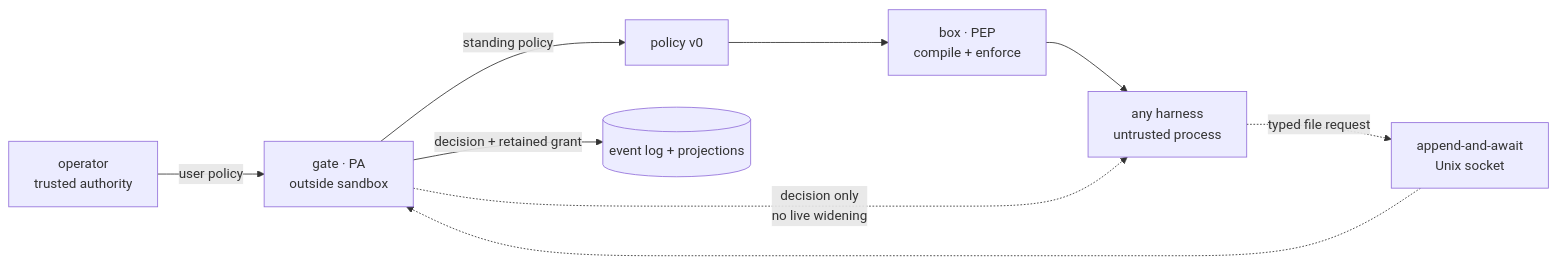
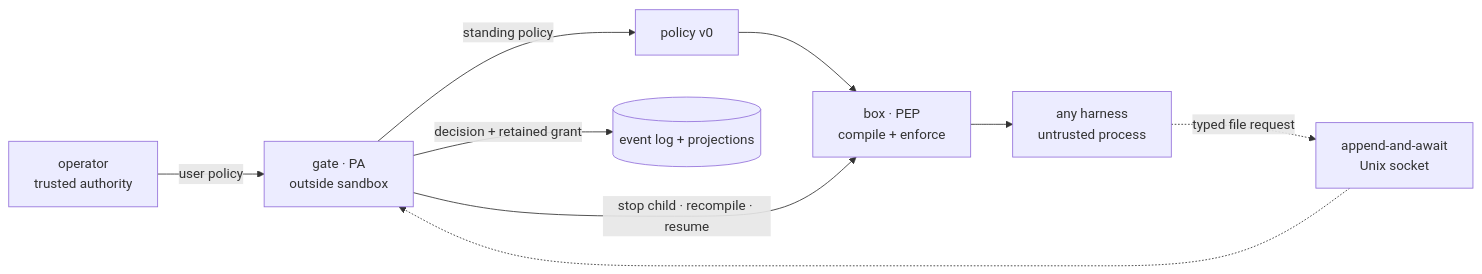
One commit to phibkro/pagu changed the diagram in CONTEXT.md. Above: the diagram before and after it, drawn with Mermaid. The commit also changed other lines of this file and 36 other files, not shown here.

````diff
--- a/CONTEXT.md
+++ b/CONTEXT.md
@@ -44,11 +44,11 @@
 ```mermaid
 flowchart LR
     O["operator\ntrusted authority"] -->|"user policy"| G["gate · PA\noutside sandbox"]
     P["policy v0"] --> B["box · PEP\ncompile + enforce"]
     G -->|"standing policy"| P
     B --> H["any harness\nuntrusted process"]
     H -. "typed file request" .-> S["append-and-await\nUnix socket"]
     S -.-> G
     G -->|"decision + retained grant"| E[("event log + projections")]
-    G -. "decision only\nno live widening" .-> H
+    G -->|"stop child · recompile · resume"| B
 ```
````
